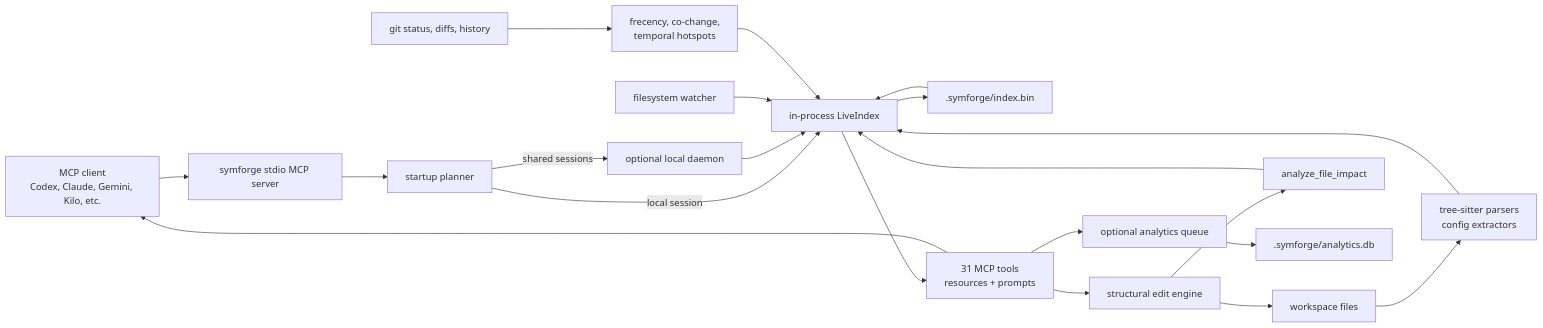
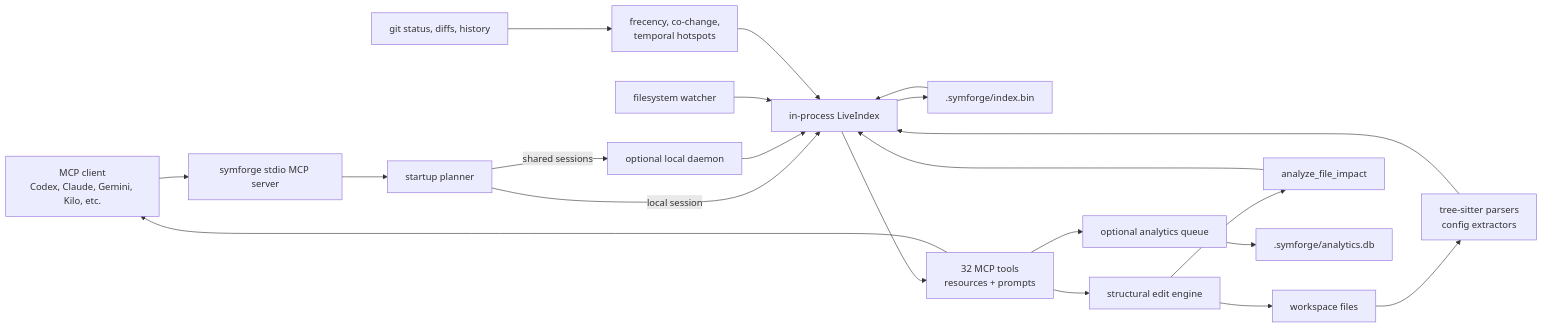
Before and after one commit to special-place-ai-heaven/symforge: the diagram in README.md, drawn with Mermaid. The commit also changed other lines of this file and 3 other files, not shown here.

````diff
--- a/README.md
+++ b/README.md
@@ -45,29 +45,29 @@
 ```mermaid
 flowchart LR
     Client["MCP client<br/>Codex, Claude, Gemini, Kilo, etc."] --> Server["symforge stdio MCP server"]
 
     Server --> Startup["startup planner"]
     Startup -->|local session| Local["in-process LiveIndex"]
     Startup -->|shared sessions| Daemon["optional local daemon"]
     Daemon --> Local
 
     Workspace["workspace files"] --> Parser["tree-sitter parsers<br/>config extractors"]
     Parser --> Local
     Watcher["filesystem watcher"] --> Local
     Git["git status, diffs, history"] --> Signals["frecency, co-change,<br/>temporal hotspots"]
     Signals --> Local
 
     Local --> Snapshot[".symforge/index.bin"]
     Snapshot --> Local
 
-    Local --> Tools["31 MCP tools<br/>resources + prompts"]
+    Local --> Tools["32 MCP tools<br/>resources + prompts"]
     Tools --> Client
 
     Tools --> Edits["structural edit engine"]
     Edits --> Workspace
     Edits --> Impact["analyze_file_impact"]
     Impact --> Local
 
     Tools --> Analytics["optional analytics queue"]
     Analytics --> AnalyticsDb[".symforge/analytics.db"]
 ```
````
